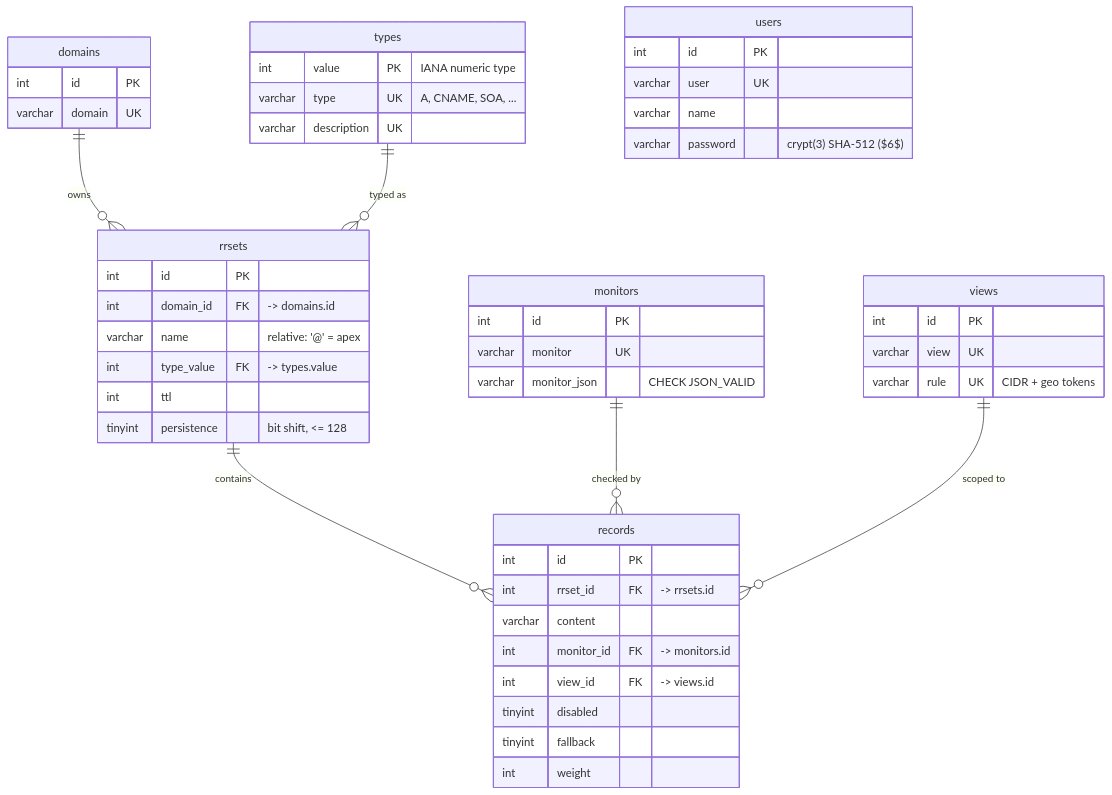
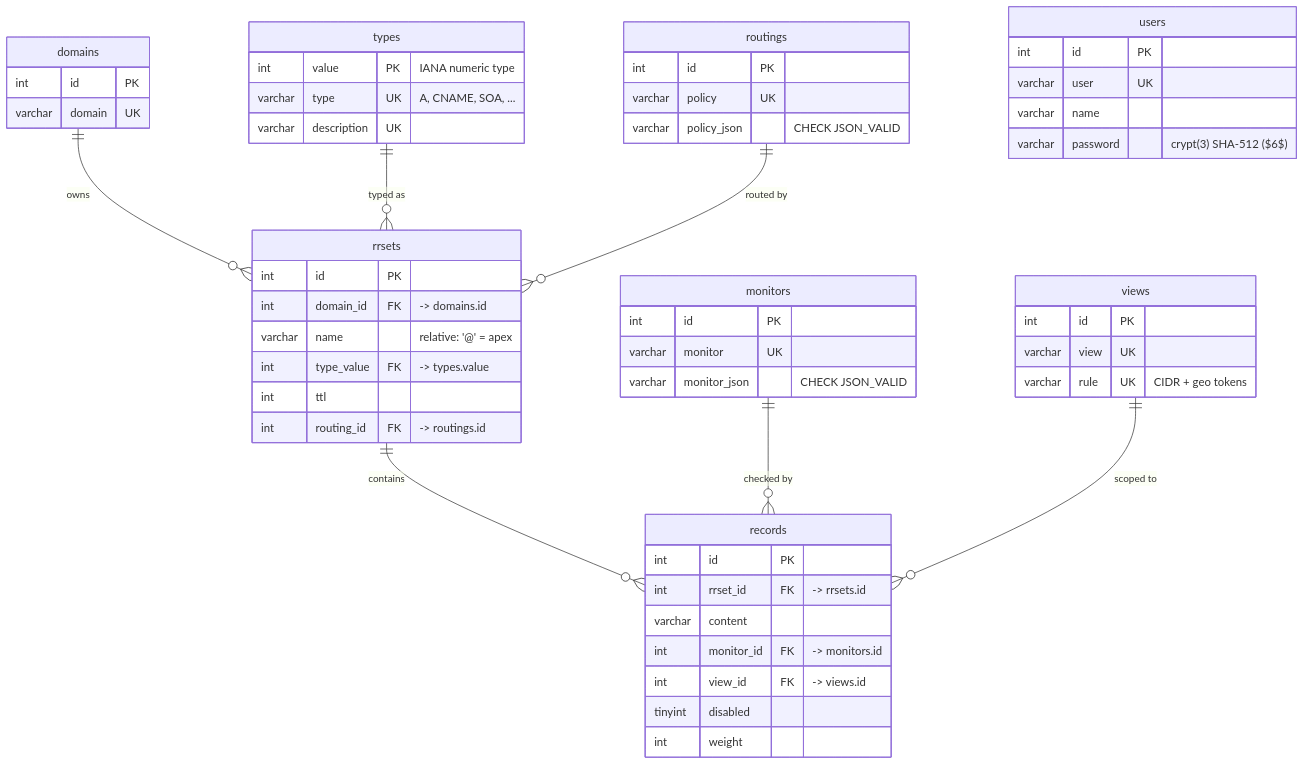
One commit to acudovs/powergslb changed the diagram in database/README.md. Above: the diagram before and after it, drawn with Mermaid. The commit also changed other lines of this file and 69 other files, not shown here.

````diff
--- a/database/README.md
+++ b/database/README.md
@@ -41,52 +42,57 @@
 ```mermaid
 erDiagram
     domains  ||--o{ rrsets   : "owns"
     types    ||--o{ rrsets   : "typed as"
+    routings ||--o{ rrsets   : "routed by"
     rrsets   ||--o{ records  : "contains"
     monitors ||--o{ records  : "checked by"
     views    ||--o{ records  : "scoped to"
 
     users {
         int     id        PK
         varchar user      UK
         varchar name
         varchar password  "crypt(3) SHA-512 ($6$)"
     }
     views {
         int     id    PK
         varchar view  UK
         varchar rule  UK "CIDR + geo tokens"
     }
     types {
         int     value        PK "IANA numeric type"
         varchar type         UK "A, CNAME, SOA, ..."
         varchar description  UK
     }
     monitors {
         int     id            PK
         varchar monitor       UK
         varchar monitor_json     "CHECK JSON_VALID"
     }
+    routings {
+        int     id           PK
+        varchar policy       UK
+        varchar policy_json     "CHECK JSON_VALID"
+    }
     domains {
         int     id      PK
         varchar domain  UK
     }
     rrsets {
         int     id           PK
         int     domain_id    FK "-> domains.id"
         varchar name            "relative: '@' = apex"
         int     type_value   FK "-> types.value"
         int     ttl
-        tinyint persistence     "bit shift, <= 128"
+        int     routing_id   FK "-> routings.id"
     }
     records {
         int     id          PK
         int     rrset_id    FK "-> rrsets.id"
         varchar content
         int     monitor_id  FK "-> monitors.id"
         int     view_id     FK "-> views.id"
         tinyint disabled
-        tinyint fallback
         int     weight
     }
 ```
````
